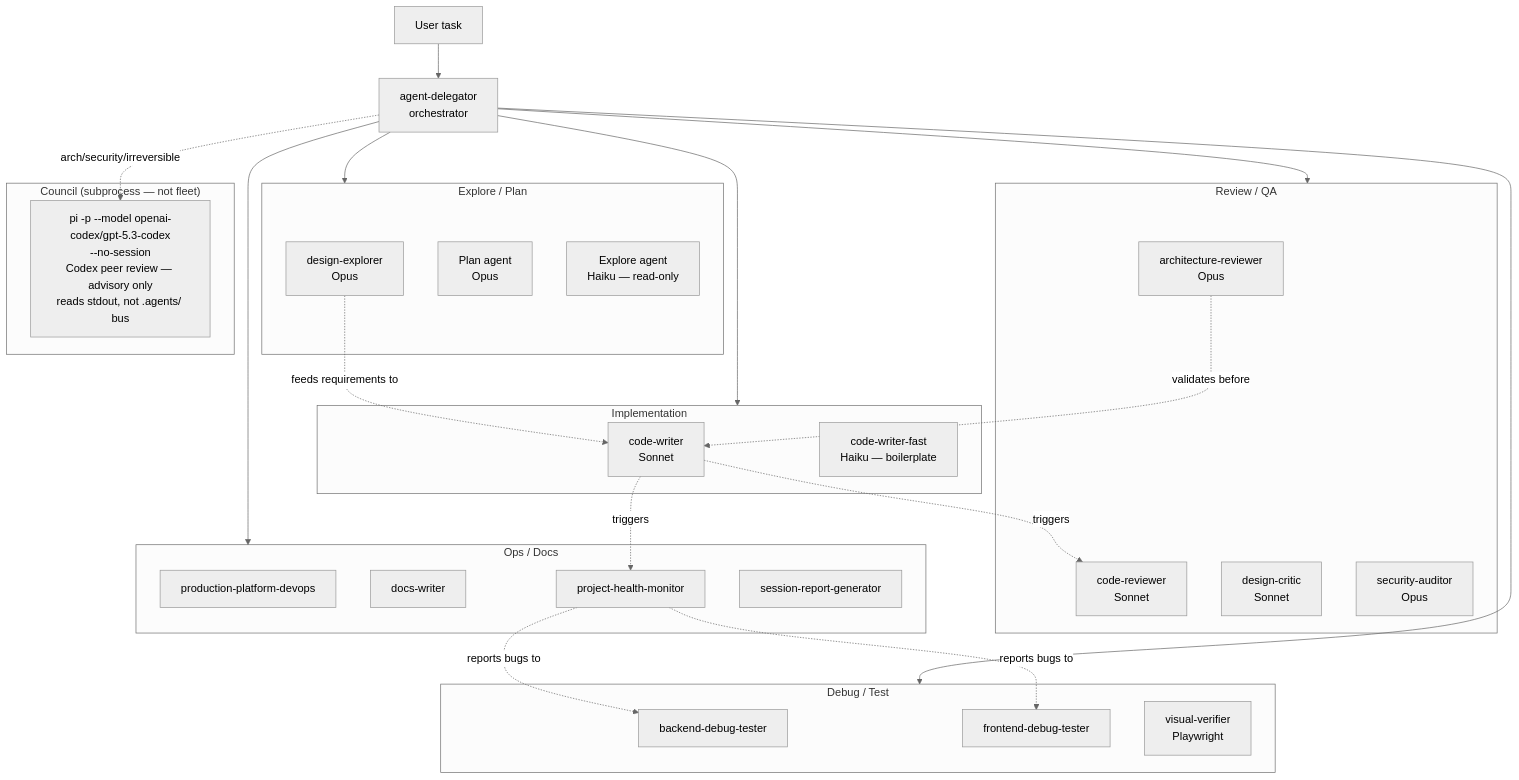
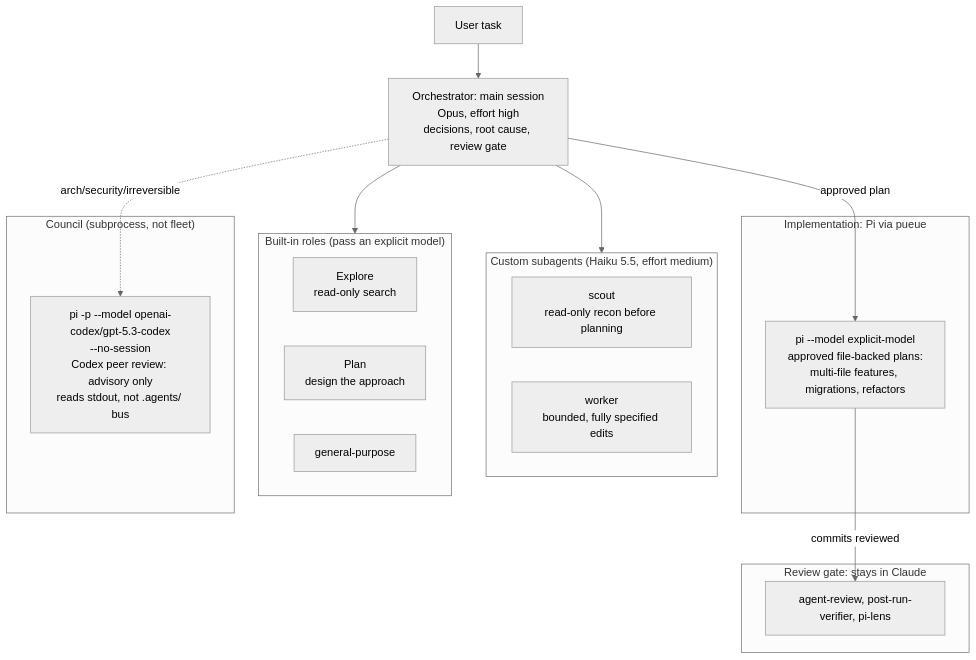
Before and after one commit to vietbui1999ru/llm-wiki: the seventh of 8 diagrams in docs-site/guides/architecture.mdx, drawn with Mermaid (neutral theme). The commit also changed other lines of this file and 125 other files, not shown here.

First line of the commit message:
docs(wiki): audit fixes - remove references to agents that do not exist, expand qmd

````diff
--- a/docs-site/guides/architecture.mdx
+++ b/docs-site/guides/architecture.mdx
@@ -323,52 +325,34 @@
 ```mermaid
 graph TD
     USER[User task]
+    ORCH["Orchestrator: main session<br>Opus, effort high<br>decisions, root cause, review gate"]
 
-    DELEGATOR[agent-delegator\norchestrator]
-
-    subgraph IMPL["Implementation"]
-        CW[code-writer\nSonnet]
-        CWF[code-writer-fast\nHaiku — boilerplate]
+    subgraph CUSTOM["Custom subagents (Haiku 5.5, effort medium)"]
+        SCOUT["scout<br>read-only recon before planning"]
+        WORKER["worker<br>bounded, fully specified edits"]
     end
 
-    subgraph REVIEW["Review / QA"]
-        CR[code-reviewer\nSonnet]
-        AR[architecture-reviewer\nOpus]
-        DC[design-critic\nSonnet]
-        SA[security-auditor\nOpus]
+    subgraph BUILTIN["Built-in roles (pass an explicit model)"]
+        EX["Explore<br>read-only search"]
+        PLAN["Plan<br>design the approach"]
+        GP["general-purpose"]
     end
 
-    subgraph DEBUG["Debug / Test"]
-        BDT[backend-debug-tester]
-        FDT[frontend-debug-tester]
-        VV[visual-verifier\nPlaywright]
+    subgraph IMPL["Implementation: Pi via pueue"]
+        PI_IMPL["pi --model explicit-model<br>approved file-backed plans:<br>multi-file features, migrations, refactors"]
     end
 
-    subgraph EXPLORE["Explore / Plan"]
-        DE[design-explorer\nOpus]
-        PLAN[Plan agent\nOpus]
-        EX[Explore agent\nHaiku — read-only]
+    subgraph GATE["Review gate: stays in Claude"]
+        REVIEW["agent-review, post-run-verifier, pi-lens"]
     end
 
-    subgraph OPS["Ops / Docs"]
-        PPD[production-platform-devops]
-        DW[docs-writer]
-        PHM[project-health-monitor]
-        SSR[session-report-generator]
+    subgraph COUNCIL["Council (subprocess, not fleet)"]
+        PI_SUB["pi -p --model openai-codex/gpt-5.3-codex<br>--no-session<br>Codex peer review: advisory only<br>reads stdout, not .agents/ bus"]
     end
 
-    subgraph COUNCIL["Council (subprocess — not fleet)"]
-        PI_SUB["pi -p --model openai-codex/gpt-5.3-codex<br>--no-session<br>Codex peer review — advisory only<br>reads stdout, not .agents/ bus"]
-    end
-
-    USER --> DELEGATOR
-    DELEGATOR --> IMPL & REVIEW & DEBUG & EXPLORE & OPS
-
-    CW -.->|triggers| CR
-    CW -.->|triggers| PHM
-    PHM -.->|reports bugs to| BDT & FDT
-    DE -.->|feeds requirements to| CW
-    AR -.->|validates before| CW
-
-    DELEGATOR -.->|arch/security/irreversible| PI_SUB
+    USER --> ORCH
+    ORCH --> CUSTOM & BUILTIN
+    ORCH -->|approved plan| PI_IMPL
+    PI_IMPL -->|commits reviewed| REVIEW
+    ORCH -.->|arch/security/irreversible| PI_SUB
 ```
````
